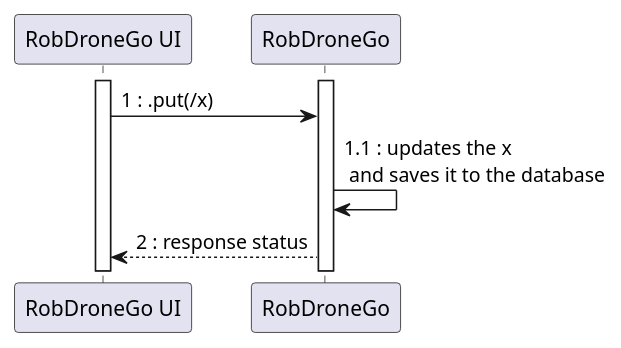
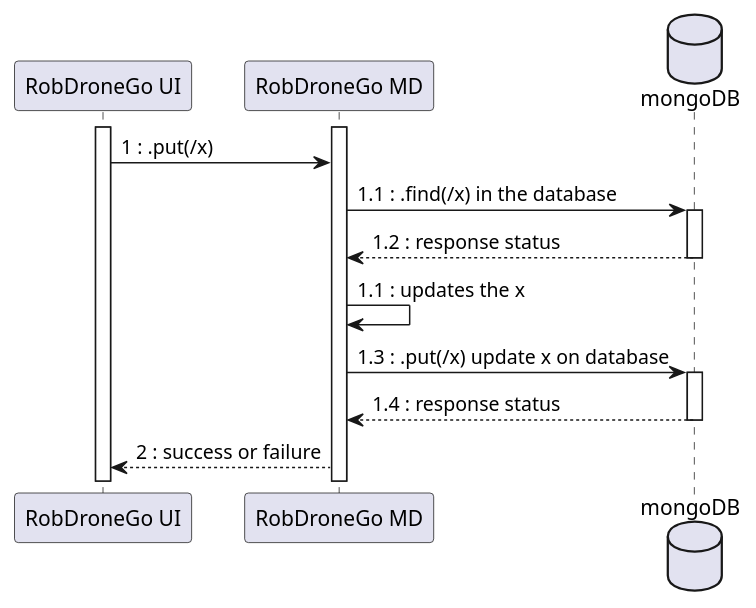
The diagram in docs/nivel2/SSD2PUT.puml (mpoboas/sem5-pi-23-24-38), drawn with PlantUML before and after one commit. The commit also changed 32 other files, not shown here.

```diff
--- a/docs/nivel2/SSD2PUT.puml
+++ b/docs/nivel2/SSD2PUT.puml
@@ -1,11 +1,24 @@
-@startuml
+@startuml lvl2
 participant "RobDroneGo UI" as UI
-participant "RobDroneGo" as API
+participant "RobDroneGo MD" as API
+database "mongoDB" as BD
 
 activate UI
 activate API
 UI -> API : 1 : .put(/x)
-API -> API : 1.1 : updates the x \n and saves it to the database
-API --> UI : 2 : response status
+API -> BD : 1.1 : .find(/x) in the database
+activate BD
+
+BD --> API : 1.2 : response status
+deactivate BD
+
+API -> API : 1.1 : updates the x
+
+API -> BD :1.3 : .put(/x) update x on database
+activate BD
+
+BD --> API : 1.4 : response status
+deactivate BD
+API --> UI : 2 : success or failure
 
 @enduml
```
